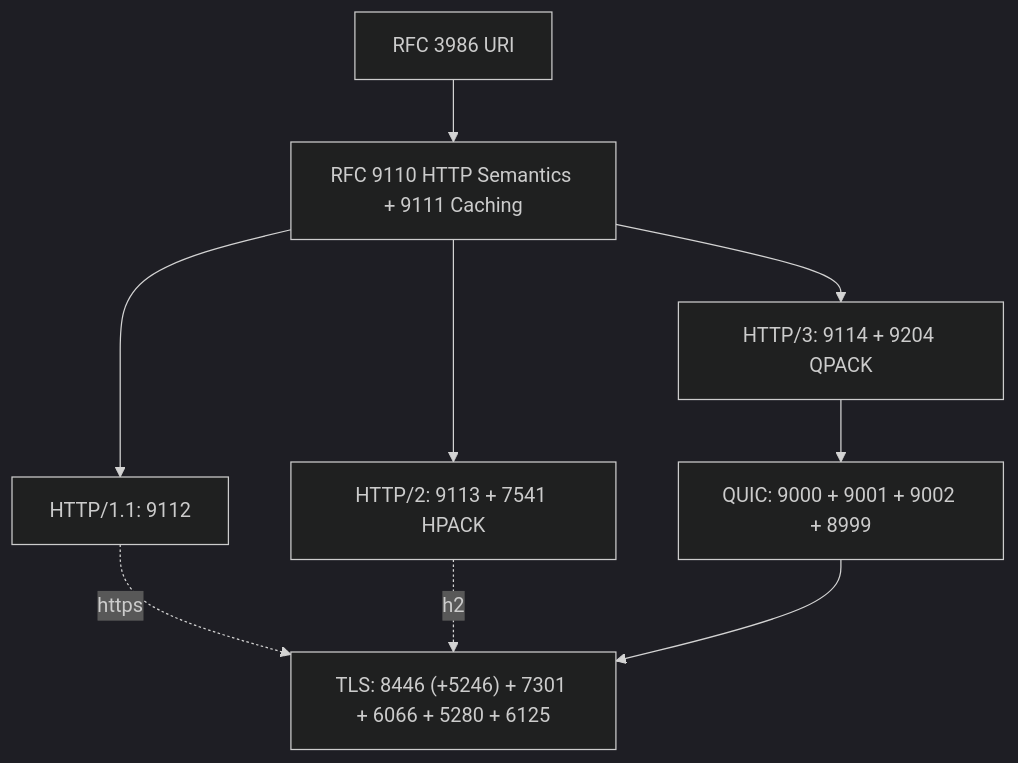
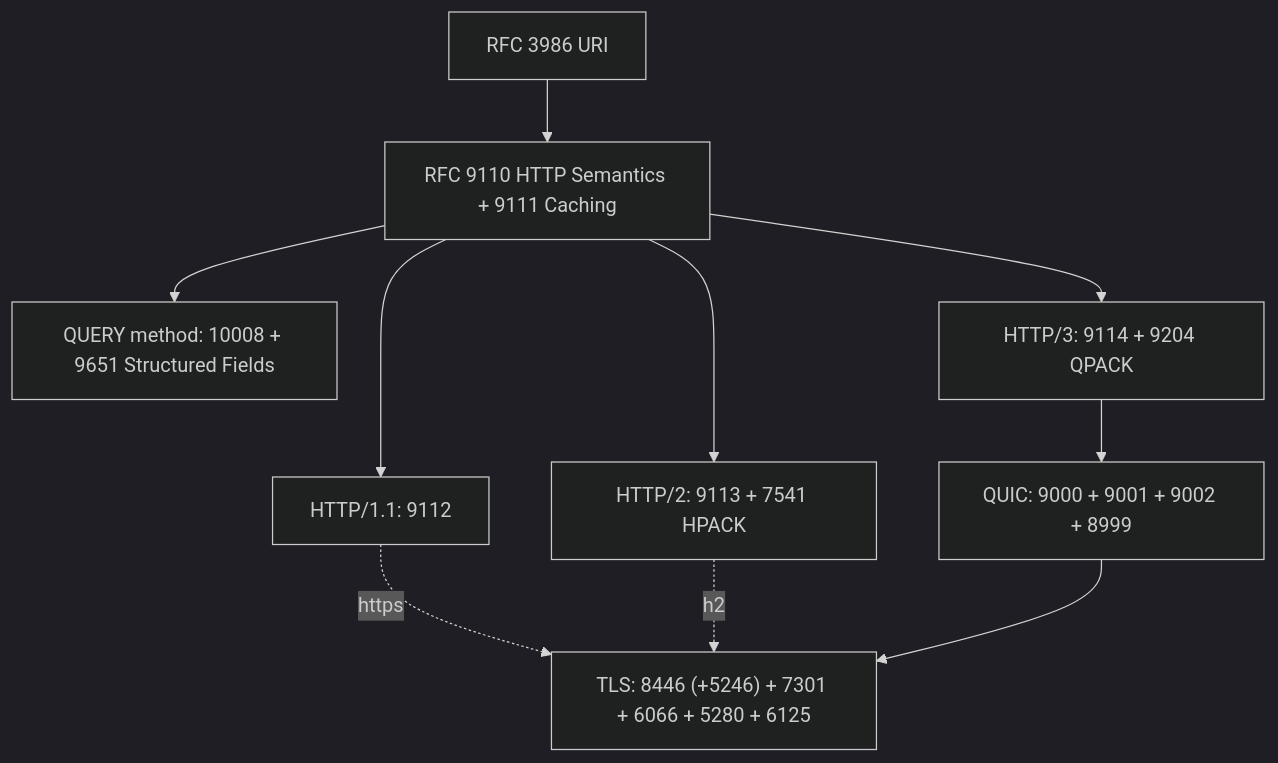
Before and after one commit to prothegee/zix: the diagram in rnd/rfc/README.md, drawn with Mermaid (dark theme). The commit also changed other lines of this file, not shown here.

````diff
--- a/rnd/rfc/README.md
+++ b/rnd/rfc/README.md
@@ -20,14 +20,15 @@
 ```mermaid
 graph TD
     U["RFC 3986 URI"]
     SEM["RFC 9110 HTTP Semantics + 9111 Caching"]
     U --> SEM
+    SEM --> QRY["QUERY method: 10008 + 9651 Structured Fields"]
     SEM --> H1["HTTP/1.1: 9112"]
     SEM --> H2["HTTP/2: 9113 + 7541 HPACK"]
     SEM --> H3["HTTP/3: 9114 + 9204 QPACK"]
     H3 --> Q["QUIC: 9000 + 9001 + 9002 + 8999"]
     T["TLS: 8446 (+5246) + 7301 + 6066 + 5280 + 6125"]
     H1 -.https.-> T
     H2 -.h2.-> T
     Q --> T
 ```
````
